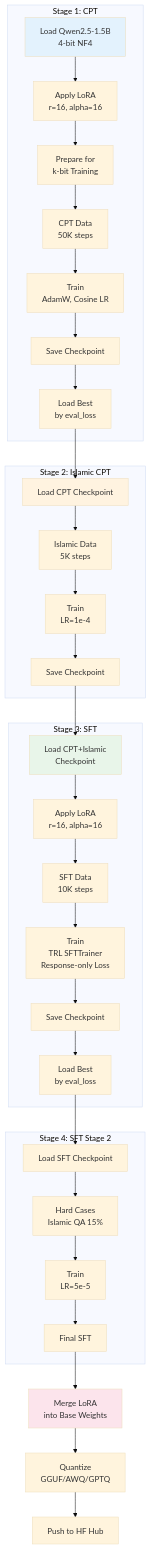
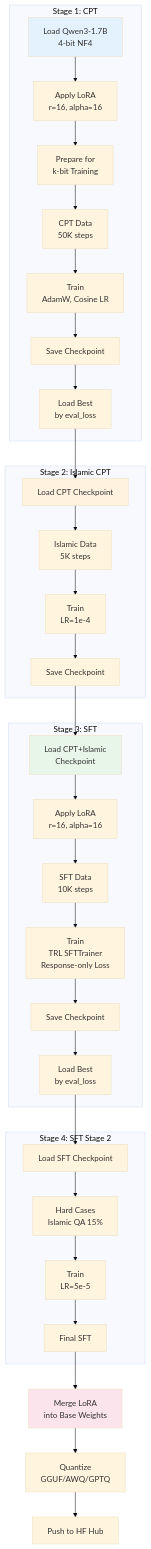
One commit to Kandil7/Baligh changed the fourth of 7 diagrams in docs/learning/01_architecture.md. Above: the diagram before and after it, drawn with Mermaid (base theme). The commit also changed other lines of this file and 149 other files, not shown here.

````diff
--- a/docs/learning/01_architecture.md
+++ b/docs/learning/01_architecture.md
@@ -199,43 +199,43 @@
 ```mermaid
 flowchart TD
     subgraph "Stage 1: CPT"
-        C1[Load Qwen2.5-1.5B<br/>4-bit NF4] --> C2[Apply LoRA<br/>r=16, alpha=16]
+        C1[Load Qwen3-1.7B<br/>4-bit NF4] --> C2[Apply LoRA<br/>r=16, alpha=16]
         C2 --> C3[Prepare for<br/>k-bit Training]
         C3 --> C4[CPT Data<br/>50K steps]
         C4 --> C5[Train<br/>AdamW, Cosine LR]
         C5 --> C6[Save Checkpoint]
         C6 --> C7[Load Best<br/>by eval_loss]
     end
 
     subgraph "Stage 2: Islamic CPT"
         I1[Load CPT Checkpoint] --> I2[Islamic Data<br/>5K steps]
         I2 --> I3[Train<br/>LR=1e-4]
         I3 --> I4[Save Checkpoint]
     end
 
     subgraph "Stage 3: SFT"
         S1[Load CPT+Islamic<br/>Checkpoint] --> S2[Apply LoRA<br/>r=16, alpha=16]
         S2 --> S3[SFT Data<br/>10K steps]
         S3 --> S4[Train<br/>TRL SFTTrainer<br/>Response-only Loss]
         S4 --> S5[Save Checkpoint]
         S5 --> S6[Load Best<br/>by eval_loss]
     end
 
     subgraph "Stage 4: SFT Stage 2"
         S7[Load SFT Checkpoint] --> S8[Hard Cases<br/>Islamic QA 15%]
         S8 --> S9[Train<br/>LR=5e-5]
         S9 --> S10[Final SFT]
     end
 
     C7 --> I1
     I4 --> S1
     S6 --> S7
     S10 --> M1[Merge LoRA<br/>into Base Weights]
     M1 --> M2[Quantize<br/>GGUF/AWQ/GPTQ]
     M2 --> M3[Push to HF Hub]
 
     style C1 fill:#e3f2fd
     style I1 fill:#fff3e0
     style S1 fill:#e8f5e9
     style M1 fill:#fce4ec
 ```
````
